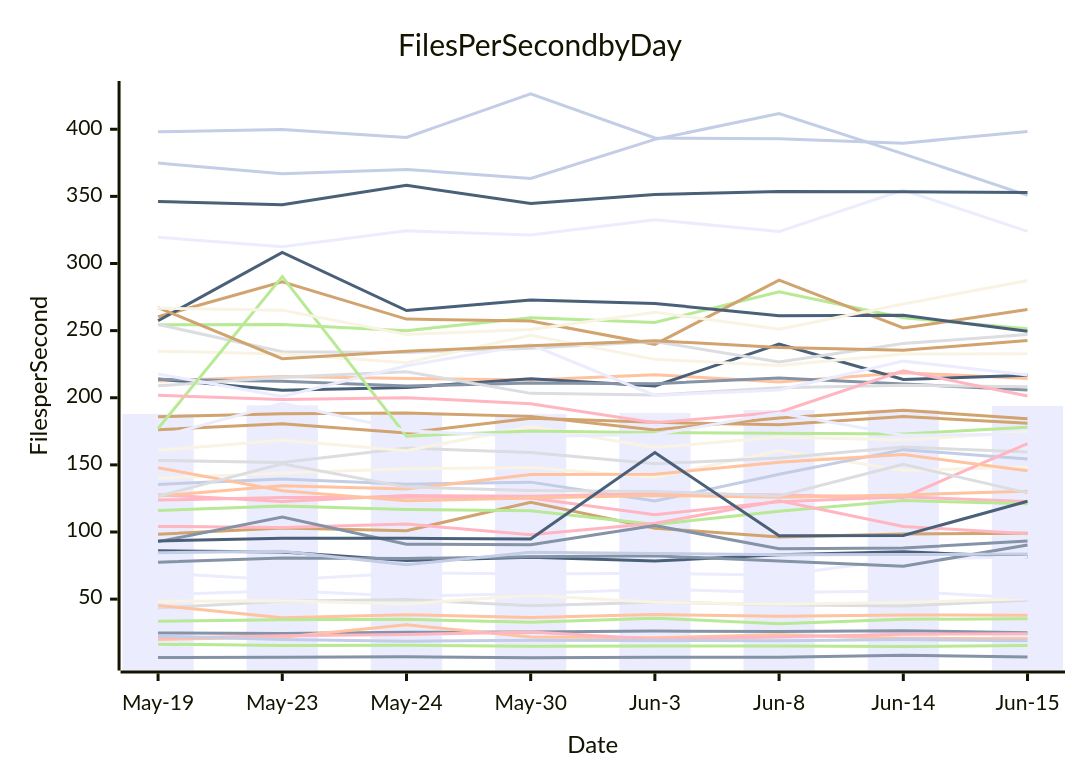
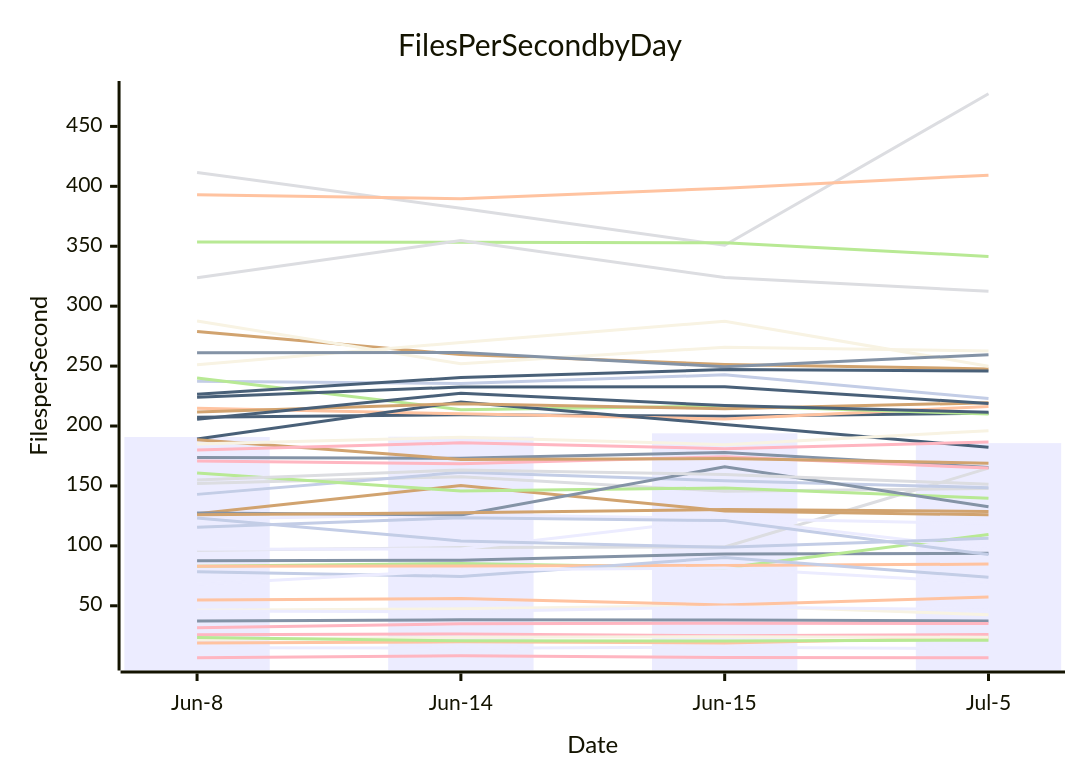
Before and after one commit to streetsidesoftware/cspell: the diagram in perf-report.md, drawn with Mermaid. The commit also changed other lines of this file and 2 other files, not shown here.

````diff
--- a/perf-report.md
+++ b/perf-report.md
@@ -11,57 +11,57 @@
 ```mermaid
 xychart-beta
     title Files Per Second by Day
     y-axis Files per Second
-    x-axis Date [May-19, May-23, May-24, May-30, Jun-3, Jun-8, Jun-14, Jun-15]
-    bar [187.94, 194.38, 187.53, 187.84, 188.70, 190.81, 191.12, 193.90]
-    line [24.84, 24.48, 25.27, 25.51, 26.21, 25.84, 26.48, 25.01]
-    line [20.00, 21.53, 30.85, 21.86, 21.33, 23.44, 20.77, 20.56]
-    line [43.44, 48.37, 49.79, 45.03, 47.69, 45.74, 44.93, 49.08]
-    line [16.48, 15.39, 15.58, 14.86, 15.18, 15.02, 14.65, 15.42]
-    line [98.35, 102.96, 100.96, 122.12, 102.88, 96.25, 98.55, 99.04]
-    line [374.77, 366.83, 370.08, 363.31, 392.45, 411.63, 381.64, 350.78]
-    line [123.77, 125.73, 125.94, 125.35, 112.95, 122.50, 126.17, 122.75]
-    line [85.95, 85.08, 78.77, 81.14, 78.40, 83.02, 85.34, 81.59]
-    line [140.07, 144.01, 147.15, 148.03, 140.54, 160.74, 145.81, 148.34]
-    line [69.47, 64.25, 69.53, 68.78, 69.37, 67.74, 79.92, 81.44]
-    line [77.54, 80.59, 80.29, 81.53, 82.29, 78.36, 74.53, 90.33]
-    line [212.55, 215.84, 214.38, 213.29, 217.13, 211.77, 218.65, 214.39]
-    line [153.28, 151.73, 162.52, 159.30, 150.77, 155.04, 163.34, 159.60]
-    line [254.35, 254.61, 250.00, 259.58, 256.09, 278.90, 259.60, 251.39]
-    line [260.36, 286.42, 258.60, 257.18, 239.81, 287.65, 251.95, 265.72]
-    line [135.42, 139.50, 135.65, 137.15, 123.09, 142.96, 161.35, 154.33]
-    line [21.05, 22.73, 23.64, 25.47, 20.39, 21.85, 23.82, 24.25]
-    line [213.89, 205.67, 207.63, 214.21, 208.82, 240.01, 213.64, 216.83]
-    line [160.94, 168.26, 160.60, 178.51, 162.97, 170.78, 168.46, 174.35]
-    line [319.57, 312.48, 324.31, 321.30, 332.58, 323.78, 354.69, 323.95]
-    line [213.72, 212.23, 208.69, 211.05, 210.52, 214.78, 210.20, 205.78]
-    line [45.35, 36.07, 38.42, 36.32, 38.54, 37.33, 38.26, 38.06]
-    line [254.57, 234.26, 233.79, 236.78, 241.94, 226.60, 240.44, 247.10]
-    line [33.61, 34.69, 34.94, 32.78, 35.79, 31.73, 34.98, 35.43]
-    line [185.86, 188.16, 188.58, 186.13, 176.02, 184.92, 190.66, 184.43]
-    line [22.53, 19.87, 18.72, 19.42, 19.15, 19.01, 19.91, 18.97]
-    line [127.71, 122.71, 127.15, 126.61, 128.67, 127.50, 125.76, 165.92]
-    line [257.39, 308.24, 265.00, 272.73, 270.27, 261.13, 261.42, 249.50]
-    line [48.29, 48.86, 46.46, 52.80, 47.62, 46.28, 47.54, 50.24]
-    line [53.17, 56.48, 52.20, 54.24, 57.32, 54.91, 55.98, 50.73]
-    line [6.48, 6.70, 7.10, 6.34, 6.74, 6.70, 8.24, 6.81]
-    line [147.92, 130.77, 123.22, 125.33, 127.25, 125.89, 127.61, 130.38]
-    line [208.87, 215.23, 219.43, 203.27, 201.99, 207.37, 209.33, 208.22]
-    line [116.06, 119.43, 116.84, 115.92, 105.51, 115.54, 123.50, 121.07]
-    line [176.15, 180.59, 173.73, 184.72, 181.71, 179.92, 185.95, 181.08]
-    line [84.52, 85.73, 75.59, 84.88, 83.99, 83.05, 83.17, 83.60]
-    line [104.19, 103.43, 105.92, 97.87, 106.45, 123.34, 104.15, 98.74]
-    line [346.15, 343.69, 358.26, 344.65, 351.41, 353.54, 353.38, 352.89]
-    line [234.71, 232.57, 226.13, 246.49, 228.60, 224.05, 232.54, 232.69]
-    line [217.73, 200.96, 223.84, 239.63, 201.75, 205.74, 227.27, 217.03]
-    line [92.82, 111.10, 90.94, 90.56, 104.84, 87.60, 88.07, 93.31]
-    line [126.78, 134.48, 131.99, 142.83, 143.00, 151.99, 157.77, 145.55]
-    line [126.61, 150.87, 133.44, 130.84, 130.22, 126.80, 150.40, 129.14]
-    line [177.15, 290.28, 171.42, 175.26, 173.98, 173.63, 173.03, 177.99]
-    line [267.13, 229.05, 234.58, 238.79, 242.50, 237.41, 235.41, 242.68]
-    line [398.12, 399.78, 393.93, 426.44, 393.52, 392.96, 389.62, 398.36]
-    line [201.86, 198.76, 200.08, 195.61, 181.39, 189.21, 220.12, 201.30]
-    line [93.35, 95.34, 95.32, 94.79, 159.13, 97.18, 97.48, 122.92]
-    line [266.74, 265.26, 247.18, 250.86, 263.73, 251.08, 269.77, 287.34]
-    line [170.67, 195.94, 175.36, 171.10, 172.66, 188.61, 172.10, 172.90]
+    x-axis Date [Jun-8, Jun-14, Jun-15, Jul-5]
+    bar [190.81, 191.12, 193.90, 185.73]
+    line [87.60, 88.07, 93.31, 93.80]
+    line [19.01, 19.91, 18.97, 23.53]
+    line [96.25, 98.55, 99.04, 164.82]
+    line [83.02, 85.34, 81.59, 109.42]
+    line [278.90, 259.60, 251.39, 247.65]
+    line [237.41, 235.41, 242.68, 222.99]
+    line [6.70, 8.24, 6.81, 6.64]
+    line [207.37, 209.33, 208.22, 210.67]
+    line [251.08, 269.77, 287.34, 249.92]
+    line [122.50, 126.17, 122.75, 118.64]
+    line [37.33, 38.26, 38.06, 37.35]
+    line [214.78, 210.20, 205.78, 216.28]
+    line [151.99, 157.77, 145.55, 147.78]
+    line [240.01, 213.64, 216.83, 210.05]
+    line [126.80, 150.40, 129.14, 125.87]
+    line [142.96, 161.35, 154.33, 148.59]
+    line [25.84, 26.48, 25.01, 26.06]
+    line [189.21, 220.12, 201.30, 182.25]
+    line [21.85, 23.82, 24.25, 23.76]
+    line [15.02, 14.65, 15.42, 14.18]
+    line [173.63, 173.03, 177.99, 165.46]
+    line [83.05, 83.17, 83.60, 84.77]
+    line [411.63, 381.64, 350.78, 477.25]
+    line [160.74, 145.81, 148.34, 139.76]
+    line [211.77, 218.65, 214.39, 219.42]
+    line [78.36, 74.53, 90.33, 73.78]
+    line [170.78, 168.46, 174.35, 164.88]
+    line [224.05, 232.54, 232.69, 218.87]
+    line [46.28, 47.54, 50.24, 42.58]
+    line [97.18, 97.48, 122.92, 97.19]
+    line [127.50, 125.76, 165.92, 132.65]
+    line [54.91, 55.98, 50.73, 57.23]
+    line [155.04, 163.34, 159.60, 151.46]
+    line [353.54, 353.38, 352.89, 341.53]
+    line [188.61, 172.10, 172.90, 168.97]
+    line [115.54, 123.50, 121.07, 92.70]
+    line [179.92, 185.95, 181.08, 186.60]
+    line [226.60, 240.44, 247.10, 245.81]
+    line [287.65, 251.95, 265.72, 262.63]
+    line [67.74, 79.92, 81.44, 69.20]
+    line [261.13, 261.42, 249.50, 259.50]
+    line [392.96, 389.62, 398.36, 409.34]
+    line [323.78, 354.69, 323.95, 312.42]
+    line [23.44, 20.77, 20.56, 21.31]
+    line [125.89, 127.61, 130.38, 128.69]
+    line [123.34, 104.15, 98.74, 106.25]
+    line [31.73, 34.98, 35.43, 35.17]
+    line [205.74, 227.27, 217.03, 211.59]
+    line [184.92, 190.66, 184.43, 196.08]
+    line [45.74, 44.93, 49.08, 46.76]
 ```
````
